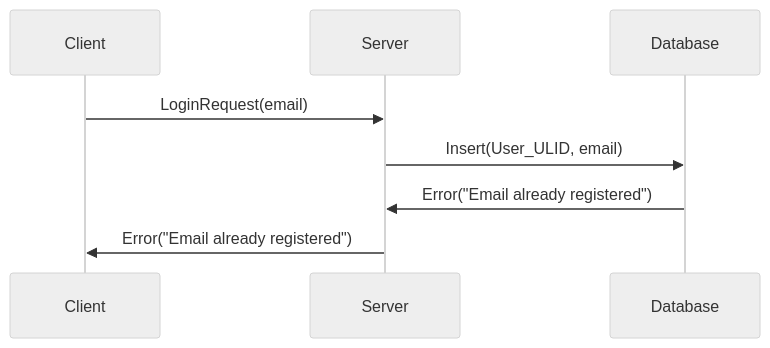
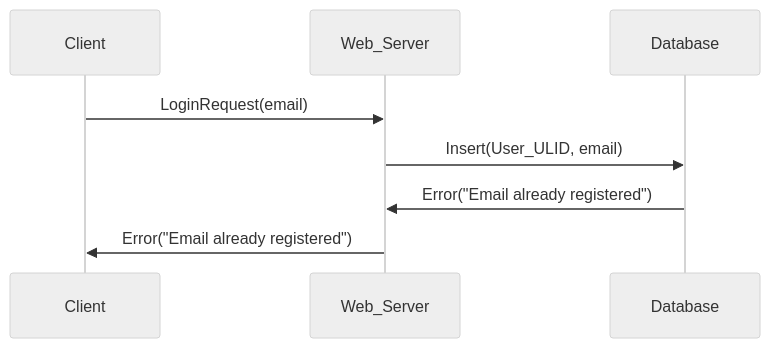
The second of 8 diagrams in kova/authentication/docs.md (adimian/kova), drawn with Mermaid (neutral theme) before and after one commit. The commit also changed other lines of this file, not shown here.

````diff
--- a/kova/authentication/docs.md
+++ b/kova/authentication/docs.md
@@ -13,7 +13,7 @@
 ```mermaid
 sequenceDiagram
-    Client ->> Server: LoginRequest(email)
-    Server ->> Database: Insert(User_ULID, email)
-    Database ->> Server: Error("Email already registered")
-    Server ->> Client : Error("Email already registered")
+    Client ->> Web_Server: LoginRequest(email)
+    Web_Server ->> Database: Insert(User_ULID, email)
+    Database ->> Web_Server: Error("Email already registered")
+    Web_Server ->> Client : Error("Email already registered")
 ```
````
